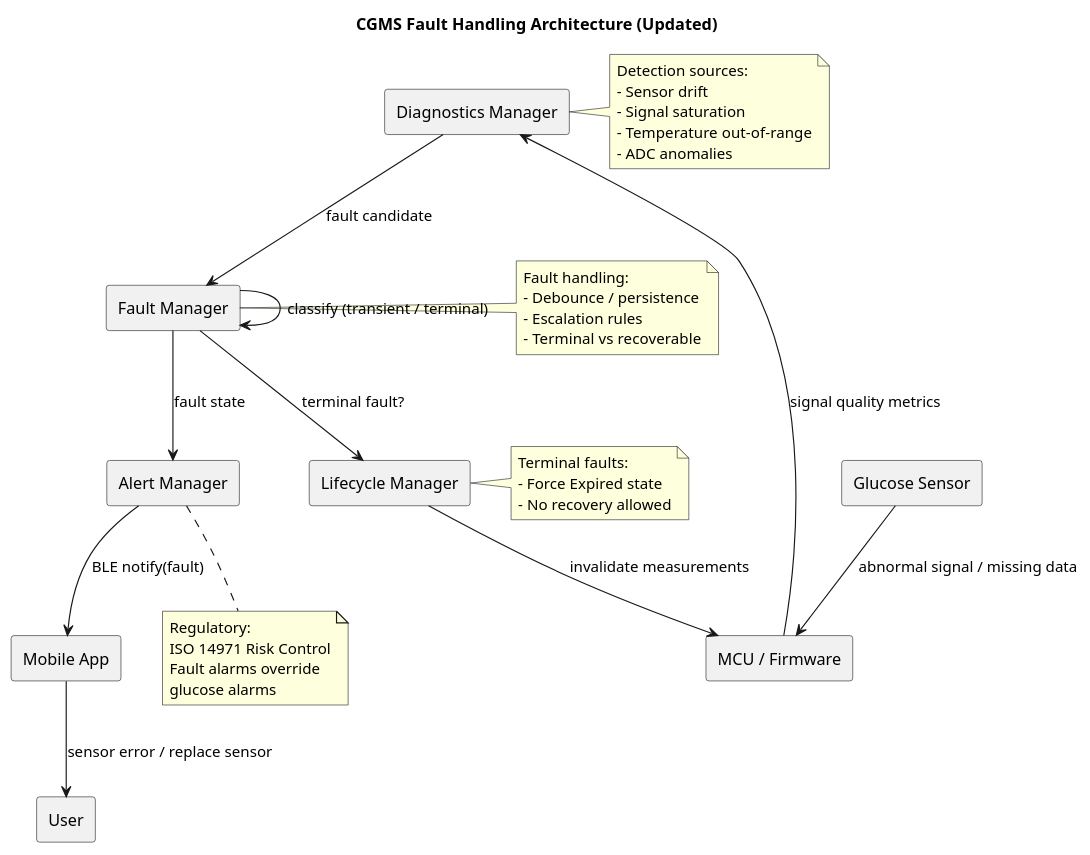
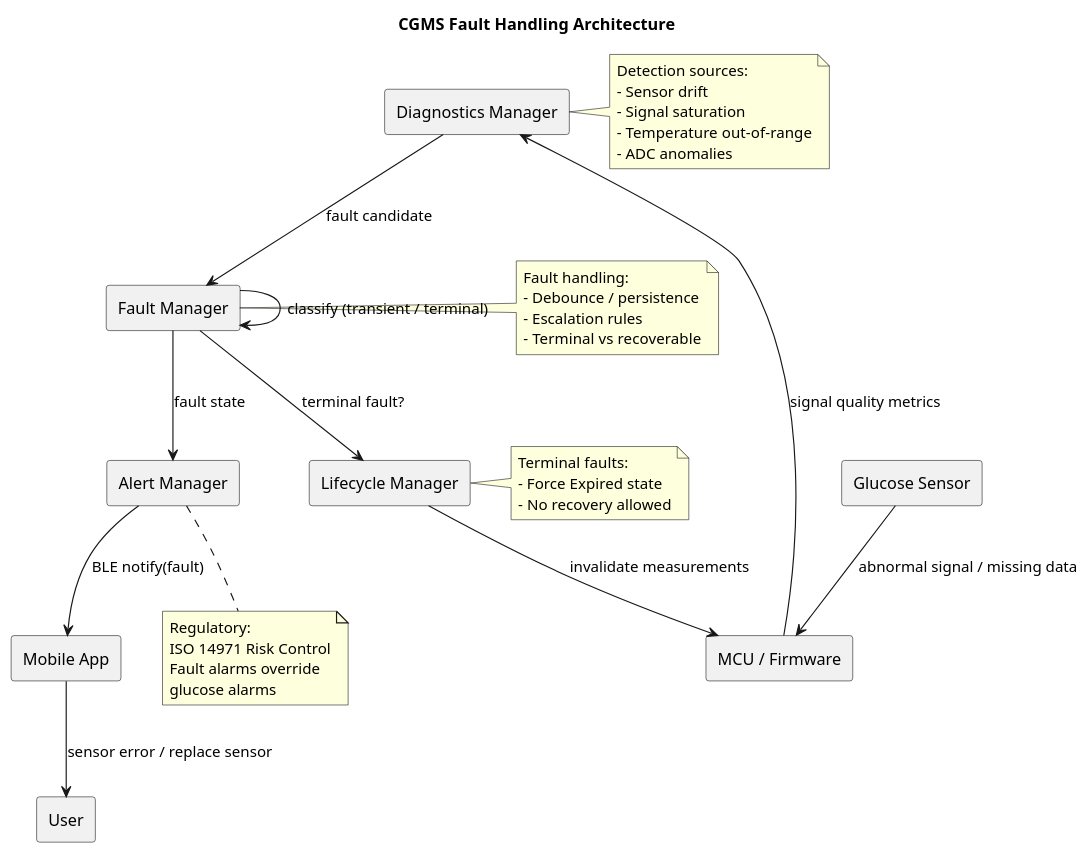
The diagram in documents/diagrams/safety/cgms_fault_handling.puml (spothana/cgms), drawn with PlantUML before and after one commit. The commit also changed 8 other files, not shown here.

```diff
--- a/documents/diagrams/safety/cgms_fault_handling.puml
+++ b/documents/diagrams/safety/cgms_fault_handling.puml
@@ -1,68 +1,68 @@
 @startuml cgms_fault_handling
 skinparam componentStyle rectangle
 
-title CGMS Fault Handling Architecture (Updated)
+title CGMS Fault Handling Architecture
 
 component "Glucose Sensor" as Sensor
 component "MCU / Firmware" as MCU
 component "Diagnostics Manager" as Diag
 component "Fault Manager" as Fault
 component "Lifecycle Manager" as Life
 component "Alert Manager" as Alert
 component "Mobile App" as App
 component User
 
 ' --------------------
 ' Fault detection
 ' --------------------
 Sensor --> MCU : abnormal signal / missing data
 MCU --> Diag : signal quality metrics
 
 ' --------------------
 ' Fault classification
 ' --------------------
 Diag --> Fault : fault candidate
 Fault --> Fault : classify (transient / terminal)
 
 ' --------------------
 ' Escalation & enforcement
 ' --------------------
 Fault --> Life : terminal fault?
 Life --> MCU : invalidate measurements
 
 ' --------------------
 ' User notification
 ' --------------------
 Fault --> Alert : fault state
 Alert --> App : BLE notify(fault)
 App --> User : sensor error / replace sensor
 
 note right of Diag
 Detection sources:
 - Sensor drift
 - Signal saturation
 - Temperature out-of-range
 - ADC anomalies
 end note
 
 note right of Fault
 Fault handling:
 - Debounce / persistence
 - Escalation rules
 - Terminal vs recoverable
 end note
 
 note right of Life
 Terminal faults:
 - Force Expired state
 - No recovery allowed
 end note
 
 note bottom of Alert
 Regulatory:
 ISO 14971 Risk Control
 Fault alarms override
 glucose alarms
 end note
 
 @enduml
```
